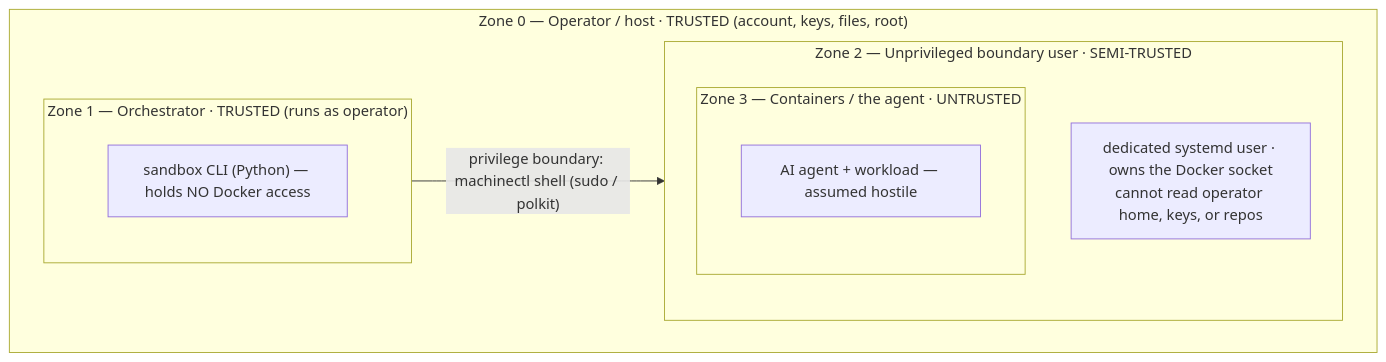
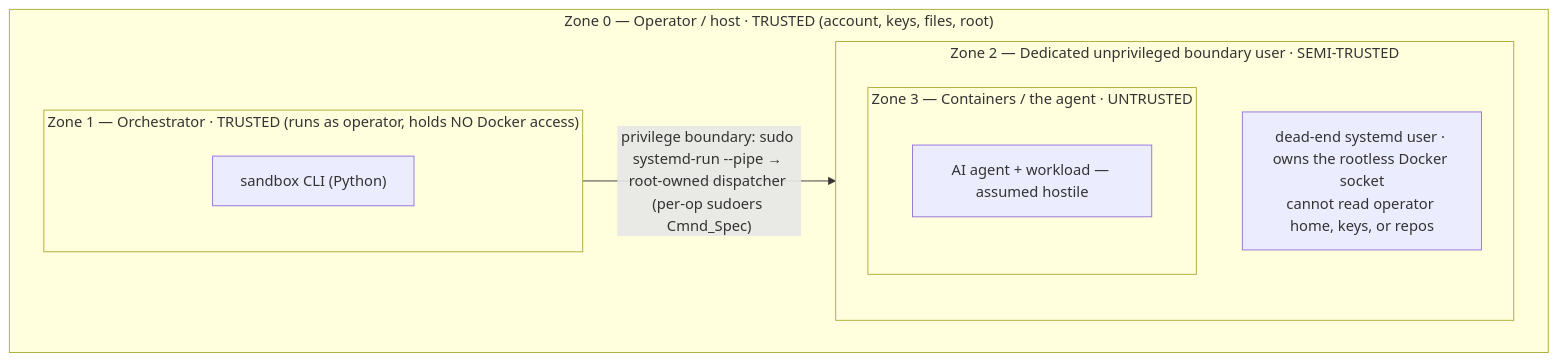
The second of 4 diagrams in docs/security-model.md (rafa-el-souza/sandbox-ai), drawn with Mermaid before and after one commit. The commit also changed other lines of this file and 3 other files, not shown here.

````diff
--- a/docs/security-model.md
+++ b/docs/security-model.md
@@ -20,15 +98,15 @@
 ```mermaid
 flowchart TB
     subgraph Z0["Zone 0 — Operator / host · TRUSTED (account, keys, files, root)"]
-        subgraph Z1["Zone 1 — Orchestrator · TRUSTED (runs as operator)"]
-            ORCH["sandbox CLI (Python) — holds NO Docker access"]
+        subgraph Z1["Zone 1 — Orchestrator · TRUSTED (runs as operator, holds NO Docker access)"]
+            ORCH["sandbox CLI (Python)"]
         end
-        subgraph Z2["Zone 2 — Unprivileged boundary user · SEMI-TRUSTED"]
-            BU["dedicated systemd user · owns the Docker socket<br/>cannot read operator home, keys, or repos"]
+        subgraph Z2["Zone 2 — Dedicated unprivileged boundary user · SEMI-TRUSTED"]
+            BU["dead-end systemd user · owns the rootless Docker socket<br/>cannot read operator home, keys, or repos"]
             subgraph Z3["Zone 3 — Containers / the agent · UNTRUSTED"]
                 AGENT["AI agent + workload — assumed hostile"]
             end
         end
     end
-    Z1 -->|"privilege boundary: machinectl shell (sudo / polkit)"| Z2
+    Z1 -->|"privilege boundary: sudo systemd-run --pipe → root-owned dispatcher (per-op sudoers Cmnd_Spec)"| Z2
 ```
````
